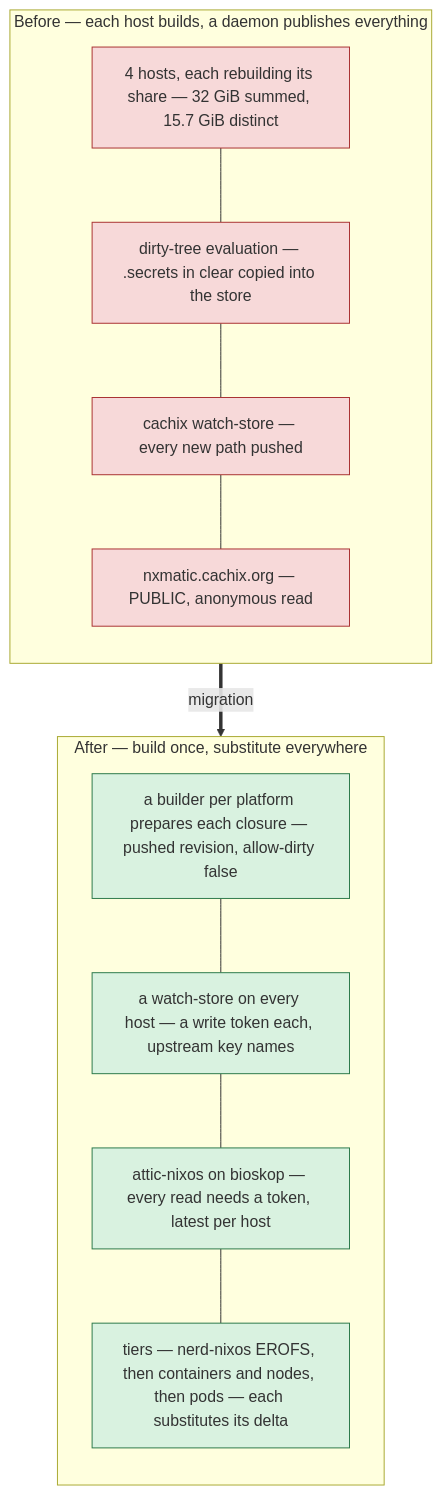
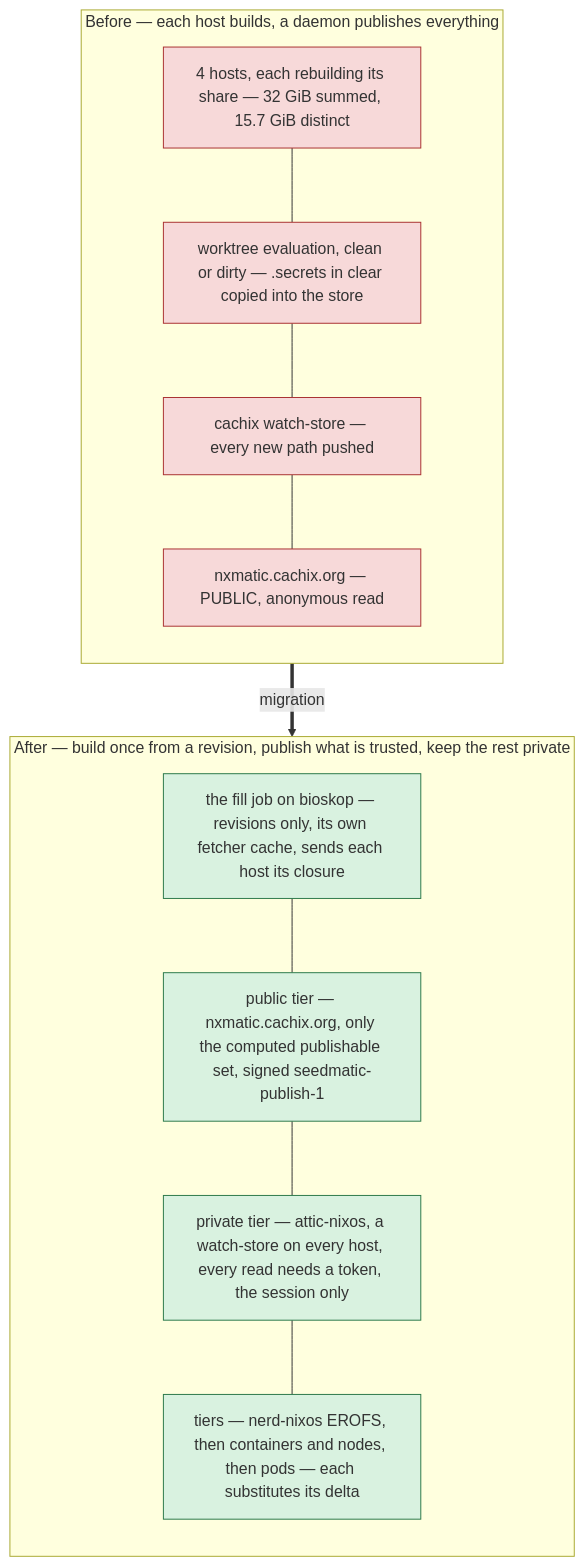
Before and after one commit to seedmatic/rke2lab: the seventh of 8 diagrams in docs/architecture/atlas/fabric-control-plane.adoc, drawn with Mermaid. The commit also changed other lines of this file and 1 other file, not shown here.

First line of the commit message:
docs(atlas): the cache gains a public tier the fill job alone feeds; the rest stays private

```diff
--- a/docs/architecture/atlas/fabric-control-plane.adoc
+++ b/docs/architecture/atlas/fabric-control-plane.adoc
@@ -452,24 +456,24 @@
 [mermaid]
 ....
 flowchart TB
   subgraph BEFORE["Before — each host builds, a daemon publishes everything"]
     direction TB
     b1["4 hosts, each rebuilding its share — 32 GiB summed, 15.7 GiB distinct"]:::ko
-    b2["dirty-tree evaluation — .secrets in clear copied into the store"]:::ko
+    b2["worktree evaluation, clean or dirty — .secrets in clear copied into the store"]:::ko
     b3["cachix watch-store — every new path pushed"]:::ko
     b4["nxmatic.cachix.org — PUBLIC, anonymous read"]:::ko
     b1 --- b2 --- b3 --- b4
   end
-  subgraph AFTER["After — build once, substitute everywhere"]
+  subgraph AFTER["After — build once from a revision, publish what is trusted, keep the rest private"]
     direction TB
-    a1["a builder per platform prepares each closure — pushed revision, allow-dirty false"]:::ok
-    a2["a watch-store on every host — a write token each, upstream key names"]:::ok
-    a3["attic-nixos on bioskop — every read needs a token, latest per host"]:::ok
+    a1["the fill job on bioskop — revisions only, its own fetcher cache, sends each host its closure"]:::ok
+    a2["public tier — nxmatic.cachix.org, only the computed publishable set, signed seedmatic-publish-1"]:::ok
+    a3["private tier — attic-nixos, a watch-store on every host, every read needs a token, the session only"]:::ok
     a4["tiers — nerd-nixos EROFS, then containers and nodes, then pods — each substitutes its delta"]:::ok
     a1 --- a2 --- a3 --- a4
   end
   BEFORE ==>|"migration"| AFTER
 
   classDef ko fill:#f7d9d9,stroke:#a33;
   classDef ok fill:#d9f2e0,stroke:#2d7a4b;
 ....
```
